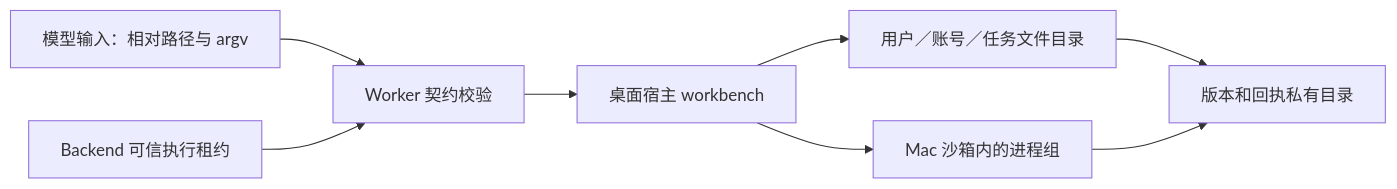
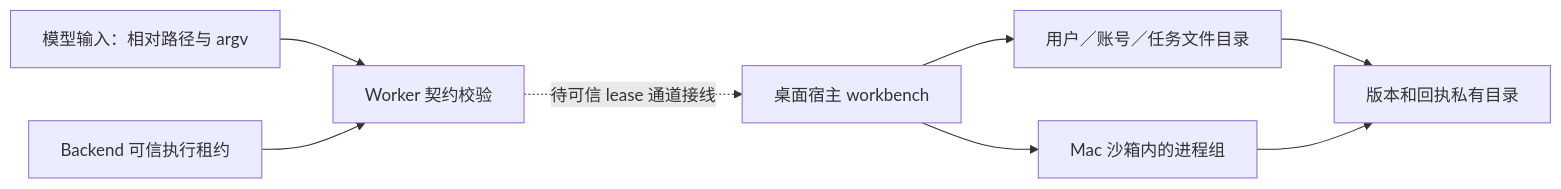
The diagram in docs/verification/t1007-files-command.md (zzyong24/Thirdspace-creator), drawn with Mermaid before and after one commit. The commit also changed other lines of this file and 3 other files, not shown here.

````diff
--- a/docs/verification/t1007-files-command.md
+++ b/docs/verification/t1007-files-command.md
@@ -7,10 +7,10 @@
 ```mermaid
 flowchart LR
  M[模型输入：相对路径与 argv] --> W[Worker 契约校验]
  B[Backend 可信执行租约] --> W
- W --> N[桌面宿主 workbench]
+ W -. 待可信 lease 通道接线 .-> N[桌面宿主 workbench]
  N --> F[用户／账号／任务文件目录]
  N --> C[Mac 沙箱内的进程组]
  F --> R[版本和回执私有目录]
  C --> R
 ```
````
